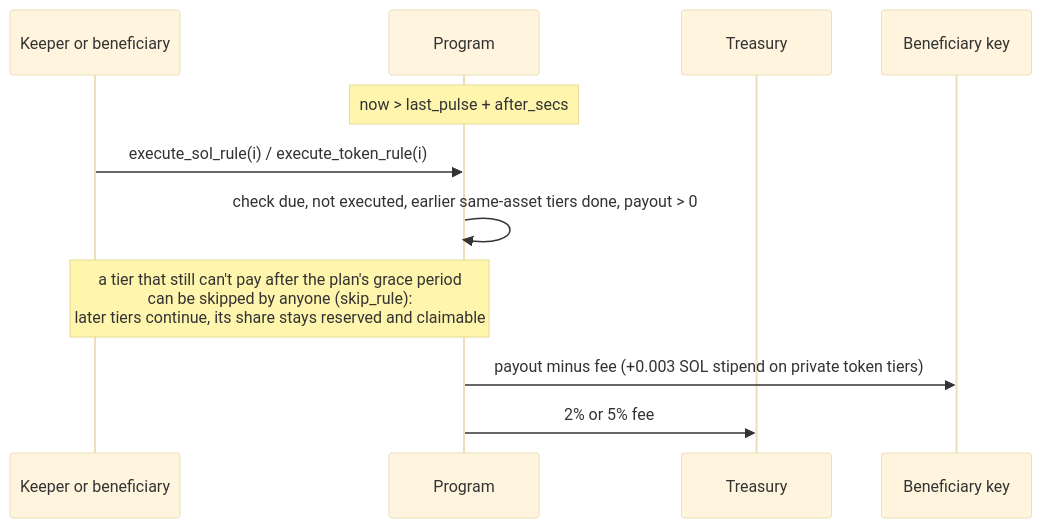
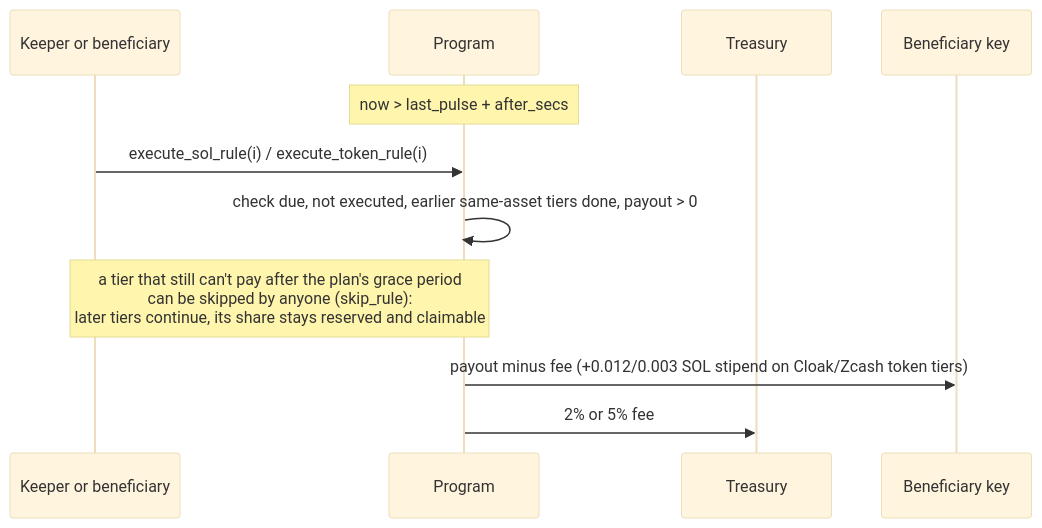
One commit to GabrielNeugebauer/deadman changed the third of 3 diagrams in docs/HOW_IT_WORKS.md. Above: the diagram before and after it, drawn with Mermaid (base theme). The commit also changed other lines of this file and 96 other files, not shown here.

````diff
--- a/docs/HOW_IT_WORKS.md
+++ b/docs/HOW_IT_WORKS.md
@@ -211,13 +211,13 @@
 ```mermaid
 sequenceDiagram
   participant K as Keeper or beneficiary
   participant P as Program
   participant T as Treasury
   participant B as Beneficiary key
   Note over P: now > last_pulse + after_secs
   K->>P: execute_sol_rule(i) / execute_token_rule(i)
   P->>P: check due, not executed, earlier same-asset tiers done, payout > 0
   Note over K,P: a tier that still can't pay after the plan's grace period<br/>can be skipped by anyone (skip_rule):<br/>later tiers continue, its share stays reserved and claimable
-  P->>B: payout minus fee (+0.003 SOL stipend on private token tiers)
+  P->>B: payout minus fee (+0.012/0.003 SOL stipend on Cloak/Zcash token tiers)
   P->>T: 2% or 5% fee
 ```
````
